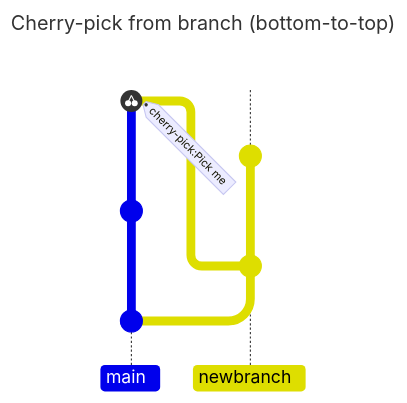
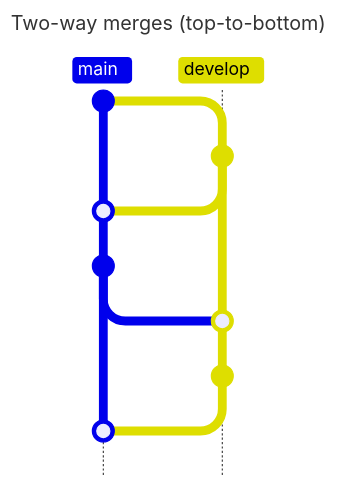
The diagram in corpus/git/mermaid/demo-git_010.mmd (kinyoklion/carcimaid), drawn with Mermaid before and after one commit. The commit also changed 70 other files, not shown here. Commit ids are hidden.

```diff
--- a/corpus/git/mermaid/demo-git_010.mmd
+++ b/corpus/git/mermaid/demo-git_010.mmd
@@ -1,14 +1,16 @@
 ---
-title: Cherry-pick from branch (bottom-to-top)
+title: Two-way merges (top-to-bottom)
 ---
-gitGraph BT:
+gitGraph TB:
 commit
-branch newbranch
-checkout newbranch
-commit id: "Pick me"
-checkout main
-commit
-checkout newbranch
+branch develop
+checkout develop
 commit
 checkout main
-cherry-pick id: "Pick me"
+merge develop
+commit
+checkout develop
+merge main
+commit
+checkout main
+merge develop
```
